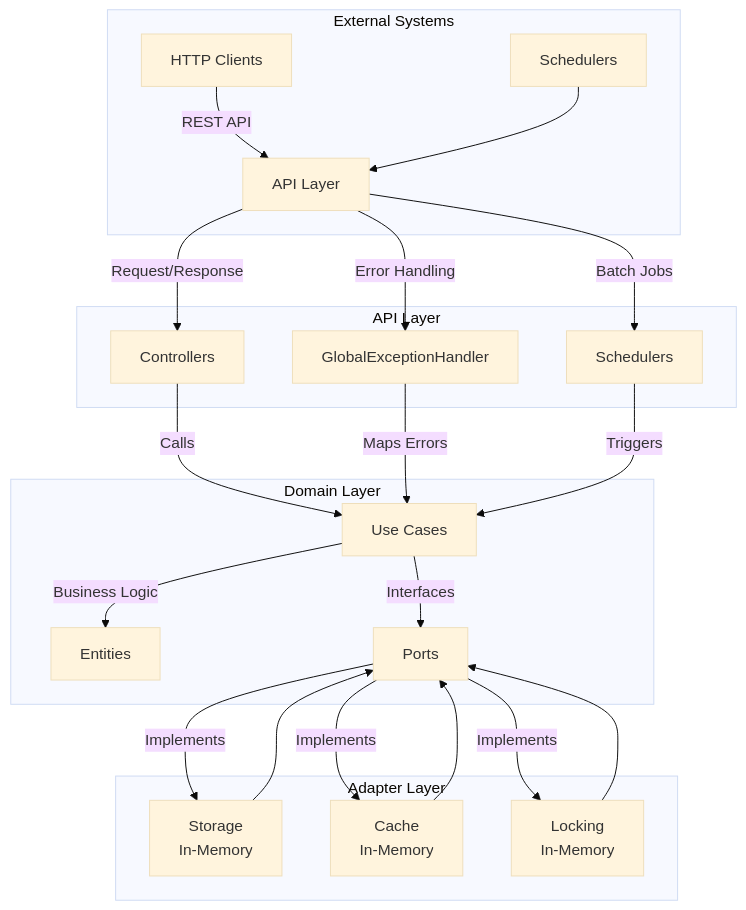
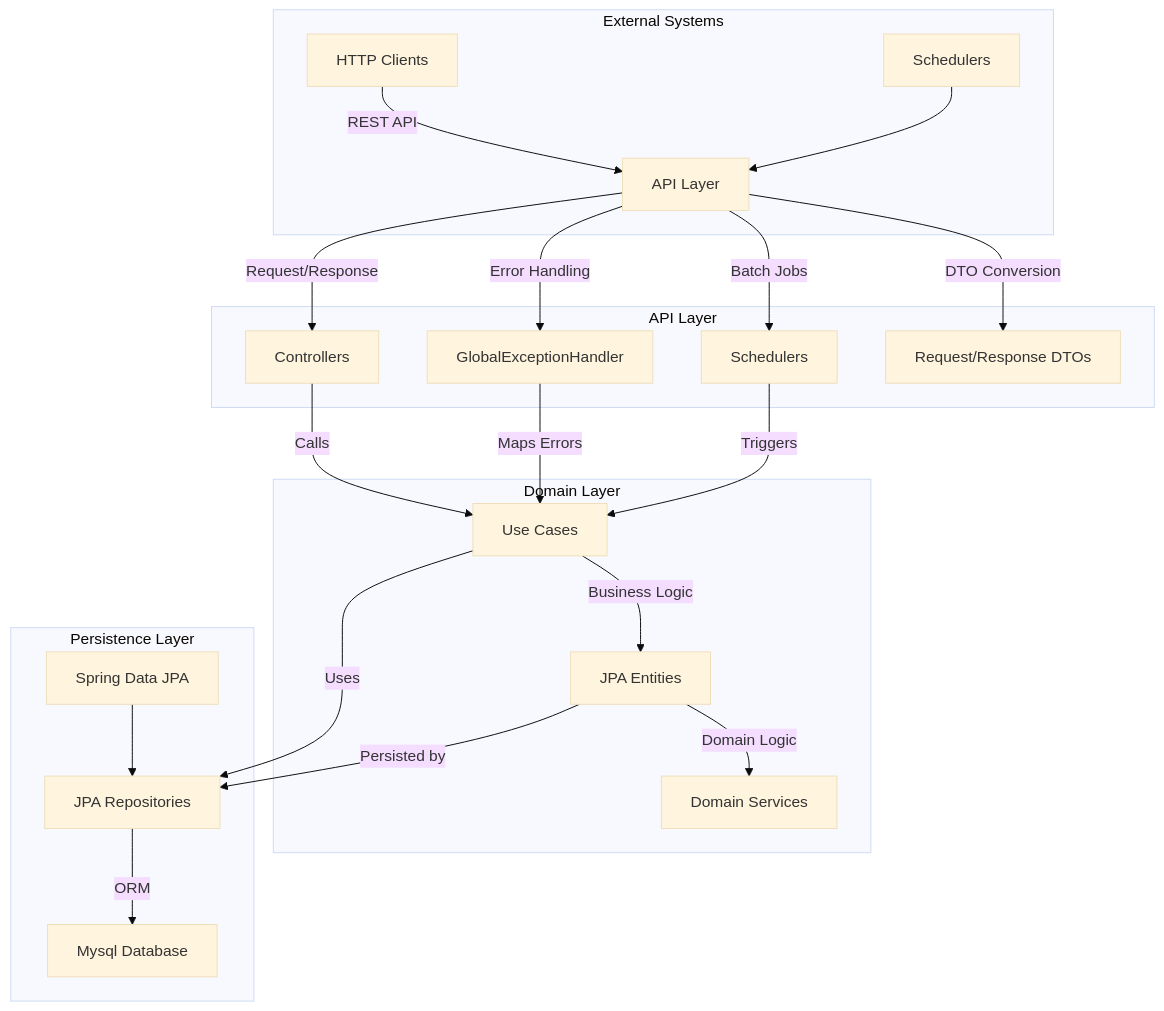
Before and after one commit to Jang-zn/hhp-main: the diagram in README.md, drawn with Mermaid (base theme). The commit also changed other lines of this file, not shown here.

````diff
--- a/README.md
+++ b/README.md
@@ -28,31 +33,30 @@
 ```mermaid
 graph TD
     subgraph External Systems
         A[HTTP Clients] -->|REST API| B[API Layer]
         C[Schedulers] --> B
     end
 
     subgraph API Layer
         B -->|Request/Response| D[Controllers]
         B -->|Batch Jobs| E[Schedulers]
         B -->|Error Handling| F[GlobalExceptionHandler]
+        B -->|DTO Conversion| G[Request/Response DTOs]
     end
 
     subgraph Domain Layer
-        G[Use Cases] -->|Business Logic| H[Entities]
-        G -->|Interfaces| I[Ports]
+        H[Use Cases] -->|Business Logic| I[JPA Entities]
+        I -->|Domain Logic| J[Domain Services]
     end
 
-    subgraph Adapter Layer
-        J[Storage<br>In-Memory] --> I
-        K[Cache<br>In-Memory] --> I
-        L[Locking<br>In-Memory] --> I
+    subgraph Persistence Layer
+        K[JPA Repositories] -->|ORM| L[Mysql Database]
+        M[Spring Data JPA] --> K
     end
 
-    D -->|Calls| G
-    F -->|Maps Errors| G
-    E -->|Triggers| G
-    I -->|Implements| J
-    I -->|Implements| K
-    I -->|Implements| L
+    D -->|Calls| H
+    F -->|Maps Errors| H
+    E -->|Triggers| H
+    H -->|Uses| K
+    I -->|Persisted by| K
 ```
````
